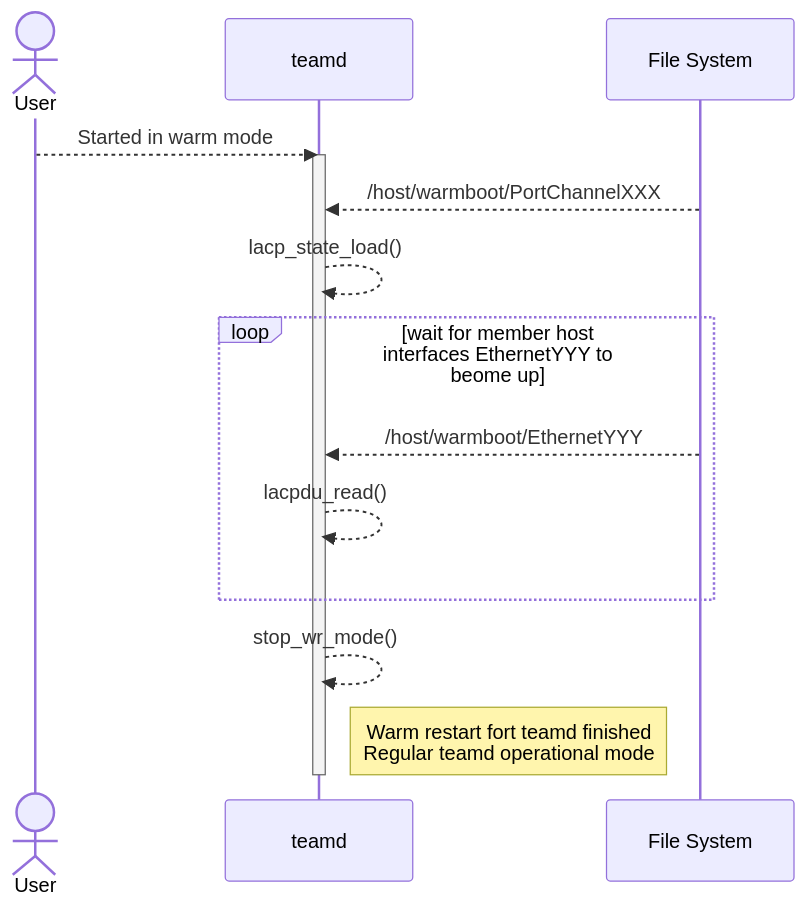
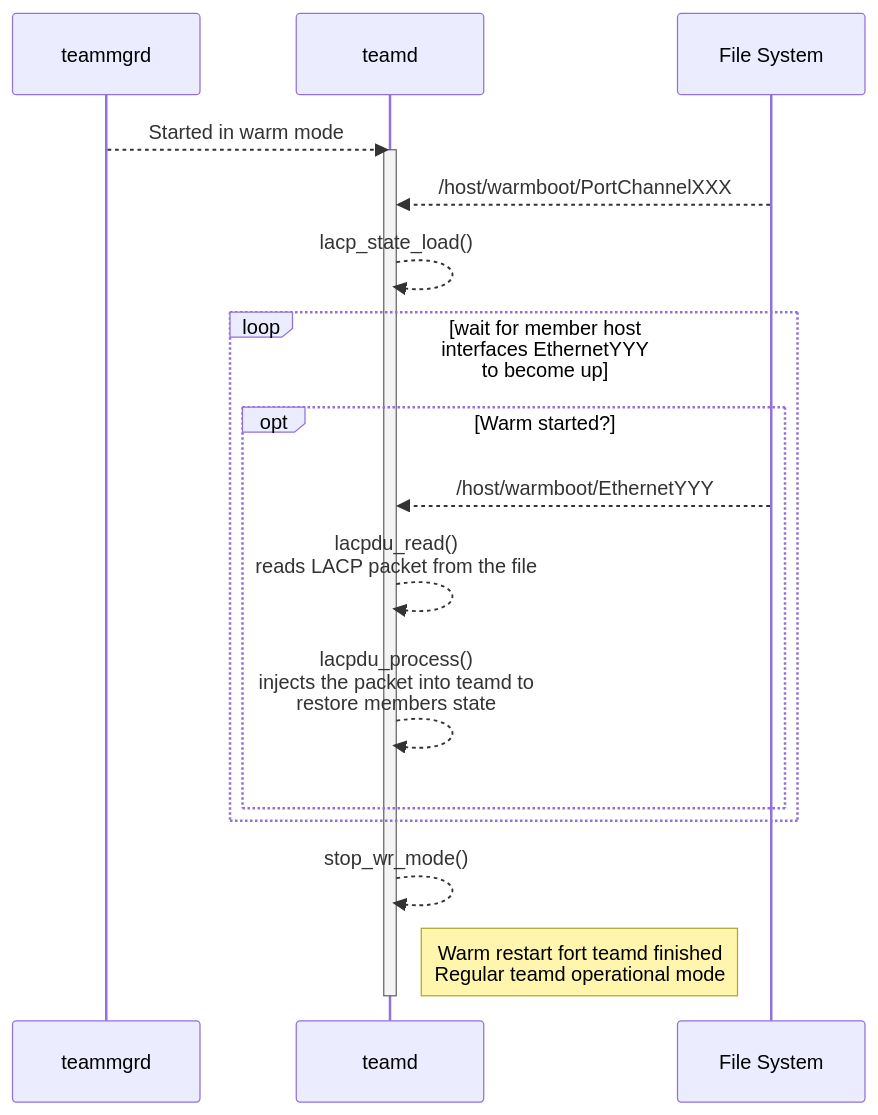
Diagram 12 of 14 in doc/warm-reboot/wb.md (stepanblyschak/SONiC), drawn with Mermaid before and after one commit. The commit also changed other lines of this file, not shown here.

````diff
--- a/doc/warm-reboot/wb.md
+++ b/doc/warm-reboot/wb.md
@@ -600,20 +671,23 @@
 ```mermaid
 sequenceDiagram
-    actor User
-    User -->> teamd: Started in warm mode
+    participant teammgrd
+    teammgrd -->> teamd: Started in warm mode
     activate teamd
 
     File System -->> teamd: /host/warmboot/PortChannelXXX
     teamd -->> teamd: lacp_state_load()
 
-    loop wait for member host interfaces EthernetYYY to beome up
-        File System -->> teamd: /host/warmboot/EthernetYYY
-        teamd -->> teamd: lacpdu_read()
+    loop wait for member host interfaces EthernetYYY to become up
+        opt Warm started?
+            File System -->> teamd: /host/warmboot/EthernetYYY
+            teamd -->> teamd: lacpdu_read() <br>reads LACP packet from the file
+            teamd -->> teamd: lacpdu_process() <br>injects the packet into teamd to<br> restore members state
+        end
     end
 
     teamd -->> teamd: stop_wr_mode()
     Note right of teamd: Warm restart fort teamd finished<br/> Regular teamd operational mode
     
     
     deactivate teamd
 ```
````
